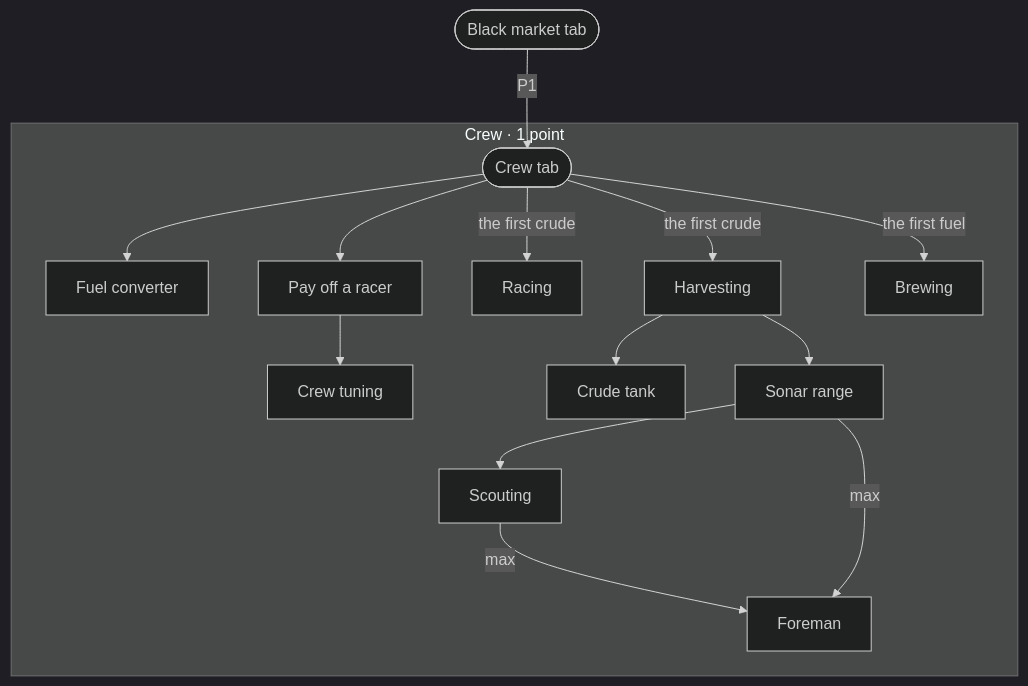
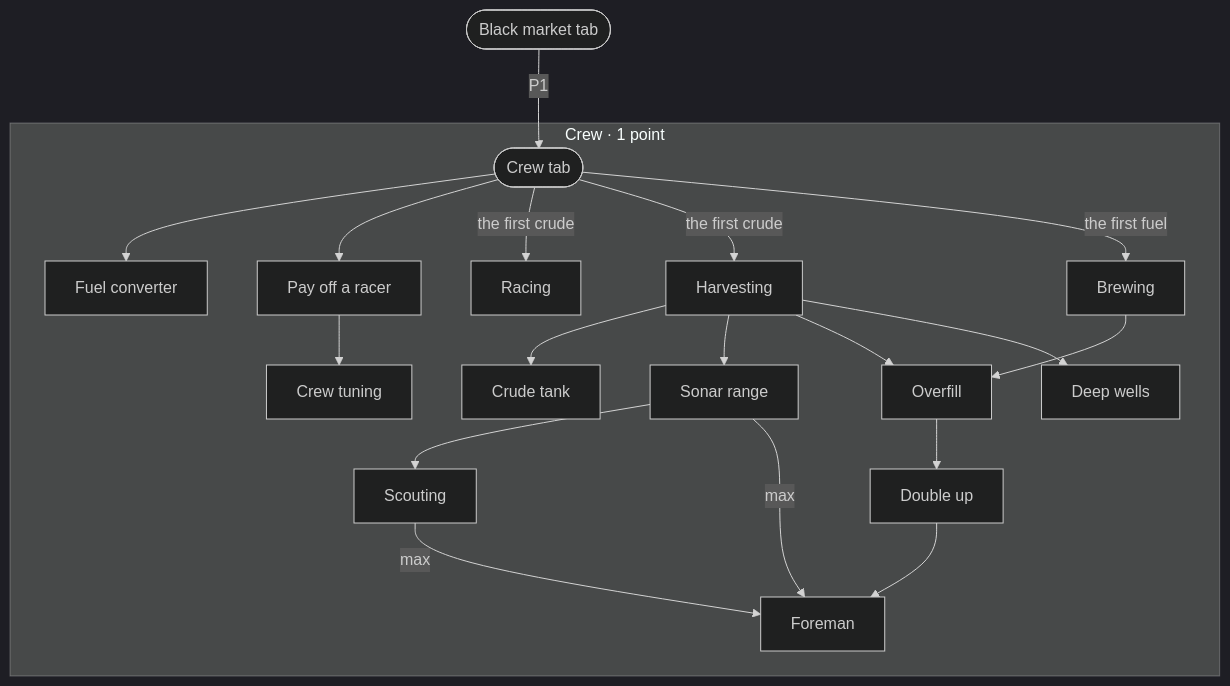
One commit to fulibacsi/rev-it changed the second of 2 diagrams in docs/upgrade-graph.md. Above: the diagram before and after it, drawn with Mermaid (dark theme). The commit also changed other lines of this file and 1 other file, not shown here.

Commit message:
Design notes: room for the whole crew
The owner's worry (26 Oct): would 51 cars be overkill? A car works only
at a spot, and with the first guesses about 3 spots are in reach at
once, room for 10-15 cars. So the room grows with the crew: spots grow
moderately (0/3 to about 0/8), Overfill lets a spot take up to twice
its count and Deep wells make oil spots hold up to twice as much (the
owner's), the draw keeps about 1.3 places in reach for each free car,
and spare cars race. act3.py is to report the crew's time at spots
(60-90%) and the runs a car takes to pay for itself (2-4) at every crew
size. The mashing grows with the spots: Double up (a press sends two),
then the Foreman.

Claude-Session: https://claude.ai/code/session_0186SCfp1Mq5RfckHRHPajfn

````diff
--- a/docs/upgrade-graph.md
+++ b/docs/upgrade-graph.md
@@ -211,25 +211,32 @@
 ```mermaid
 flowchart TD
   subgraph C["Crew · 1 point"]
     crewTab(["Crew tab"])
     converter["Fuel converter"]
     payoff["Pay off a racer"]
     tuning["Crew tuning"]
     racing["Racing"]
     harvesting["Harvesting"]
     brewing["Brewing"]
     crude["Crude tank"]
     sonar["Sonar range"]
     scouting["Scouting"]
+    overfill["Overfill"]
+    wells["Deep wells"]
+    double["Double up"]
     foreman["Foreman"]
   end
   black(["Black market tab"]) -- P1 --> crewTab
   crewTab --> converter & payoff
   payoff --> tuning
   crewTab -- "the first crude" --> racing & harvesting
   crewTab -- "the first fuel" --> brewing
   harvesting --> crude & sonar
   sonar --> scouting
+  harvesting & brewing --> overfill
+  harvesting --> wells
+  overfill --> double
+  double --> foreman
   scouting -- max --> foreman
   sonar -- max --> foreman
 ```
````
